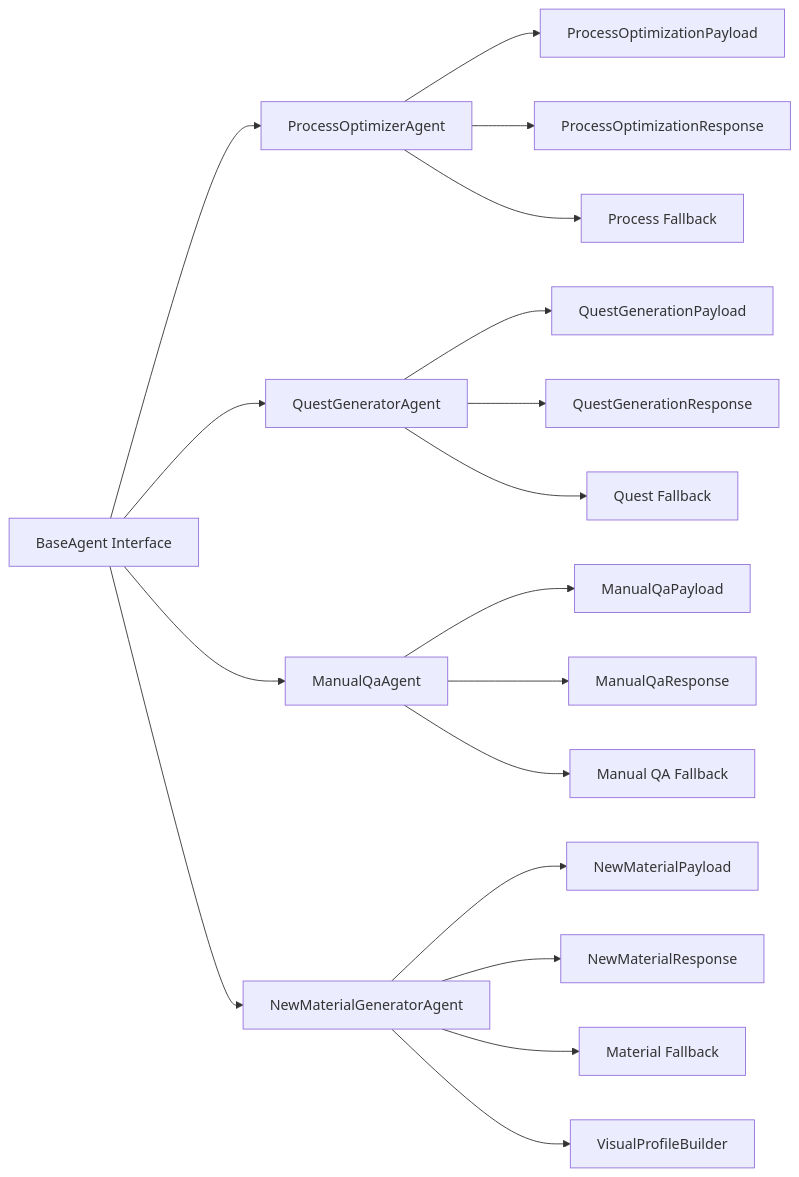
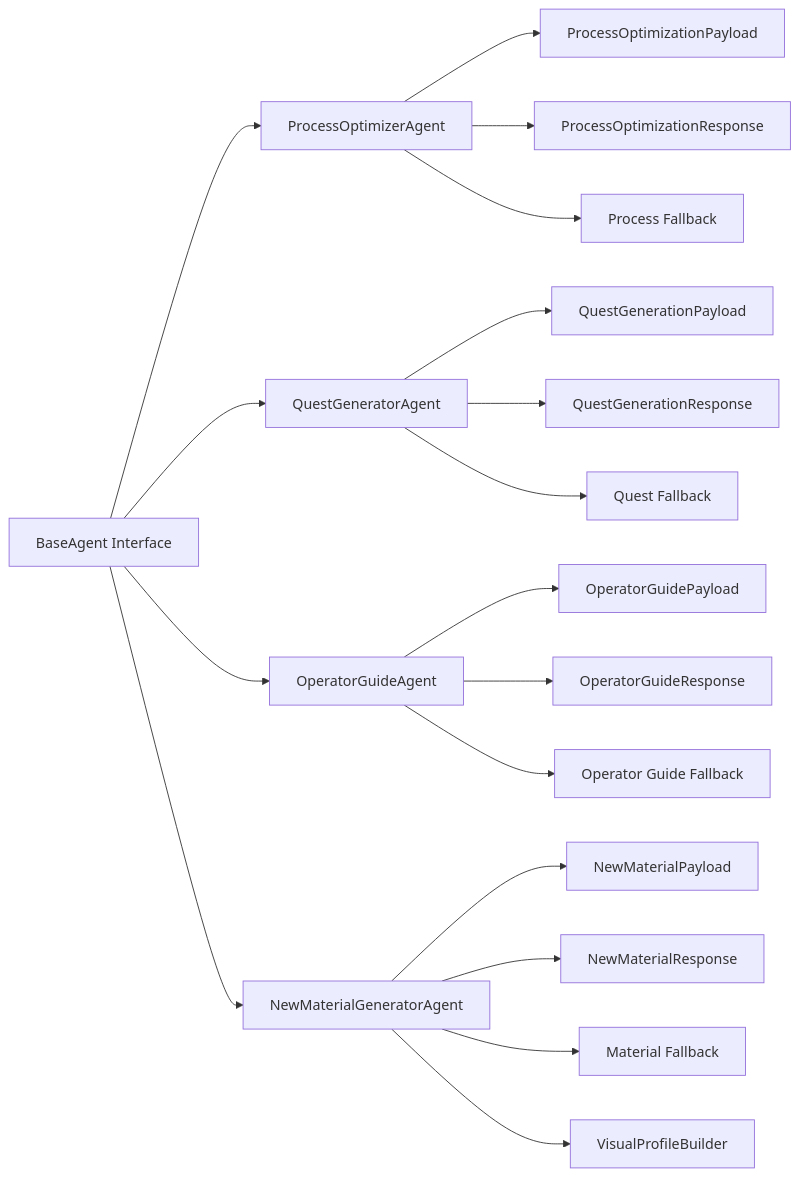
One commit to PU3-Lab/factory-space changed the third of 3 diagrams in backend/docs/plans/agent_pipeline_implementation_plan.md. Above: the diagram before and after it, drawn with Mermaid. The commit also changed other lines of this file and 25 other files, not shown here.

Commit message:
Refs #19 manual_qa를 operator_guide로 변경

````diff
--- a/backend/docs/plans/agent_pipeline_implementation_plan.md
+++ b/backend/docs/plans/agent_pipeline_implementation_plan.md
@@ -147,24 +147,24 @@
 ```mermaid
 flowchart LR
     Base[BaseAgent Interface] --> PA[ProcessOptimizerAgent]
     Base --> QA[QuestGeneratorAgent]
-    Base --> MA[ManualQaAgent]
+    Base --> MA[OperatorGuideAgent]
     Base --> NGA[NewMaterialGeneratorAgent]
 
     PA --> PA1[ProcessOptimizationPayload]
     PA --> PA2[ProcessOptimizationResponse]
     PA --> PA3[Process Fallback]
 
     QA --> QA1[QuestGenerationPayload]
     QA --> QA2[QuestGenerationResponse]
     QA --> QA3[Quest Fallback]
 
-    MA --> MA1[ManualQaPayload]
-    MA --> MA2[ManualQaResponse]
-    MA --> MA3[Manual QA Fallback]
+    MA --> MA1[OperatorGuidePayload]
+    MA --> MA2[OperatorGuideResponse]
+    MA --> MA3[Operator Guide Fallback]
 
     NGA --> NGA1[NewMaterialPayload]
     NGA --> NGA2[NewMaterialResponse]
     NGA --> NGA3[Material Fallback]
     NGA --> NGA4[VisualProfileBuilder]
 ```
````
